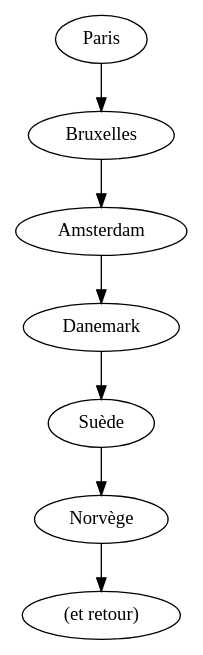
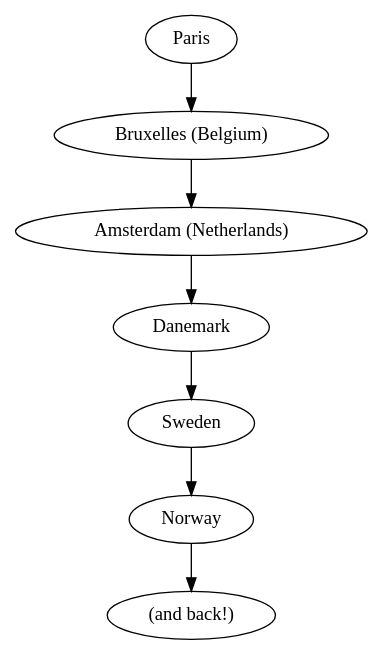
One commit to Naereen/web-sphinx changed the second of 2 diagrams in autostop.en.rst. Above: the diagram before and after it, drawn with Graphviz. The commit also changed other lines of this file and 3 other files, not shown here.

```diff
--- a/autostop.en.rst
+++ b/autostop.en.rst
@@ -36,3 +36,3 @@
 .. digraph:: voyage2
 
-   "Paris" -> "Bruxelles" -> "Amsterdam" -> "Danemark" -> "Suède" -> "Norvège" -> "(et retour)";
+   "Paris" -> "Bruxelles (Belgium)" -> "Amsterdam (Netherlands)" -> "Danemark" -> "Sweden" -> "Norway" -> "(and back!)";
```
